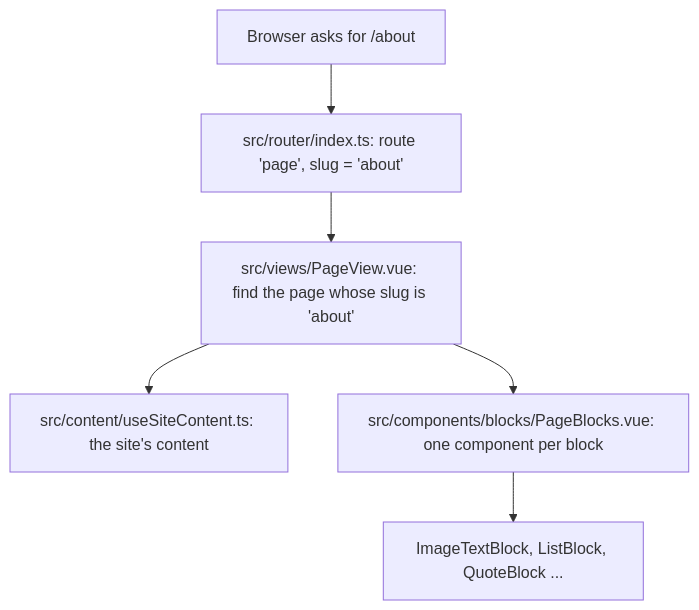
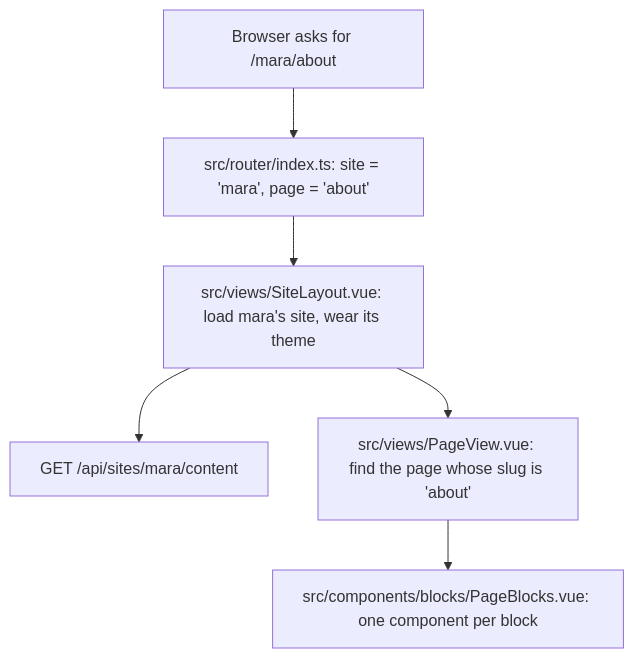
The first of 3 diagrams in docs/guide.md (NabilRobert/author-website), drawn with Mermaid before and after one commit. The commit also changed other lines of this file and 1 other file, not shown here.

Commit message:
docs: describe framed's login, per-person sites and setup in the guide and readme

````diff
--- a/docs/guide.md
+++ b/docs/guide.md
@@ -8,8 +9,8 @@
 ```mermaid
 flowchart TD
-  A[Browser asks for /about] --> B[src/router/index.ts: route 'page', slug = 'about']
-  B --> C[src/views/PageView.vue: find the page whose slug is 'about']
-  C --> D[src/content/useSiteContent.ts: the site's content]
-  C --> E[src/components/blocks/PageBlocks.vue: one component per block]
-  E --> F[ImageTextBlock, ListBlock, QuoteBlock ...]
+  A[Browser asks for /mara/about] --> B[src/router/index.ts: site = 'mara', page = 'about']
+  B --> C[src/views/SiteLayout.vue: load mara's site, wear its theme]
+  C --> D[GET /api/sites/mara/content]
+  C --> E[src/views/PageView.vue: find the page whose slug is 'about']
+  E --> F[src/components/blocks/PageBlocks.vue: one component per block]
 ```
````
